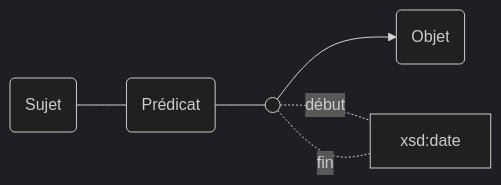
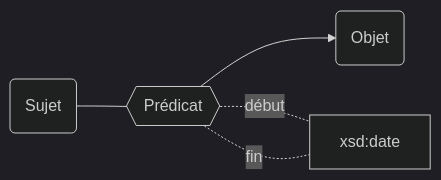
Before and after one commit to abes-esr/movies-doc: the first of 2 diagrams in docs/Modélisation Movies/Bornes chronologiques.md, drawn with Mermaid (dark theme). The commit also changed other lines of this file and 28 other files, not shown here.

````diff
--- a/docs/Modélisation Movies/Bornes chronologiques.md
+++ b/docs/Modélisation Movies/Bornes chronologiques.md
@@ -5,8 +5,11 @@
 ```mermaid
 graph LR
-    S(Sujet) --- P
-    P(Prédicat) --- _(( )) 
-    _ --> O(Objet)
-    _-.-|début| xsd:date
-    _-.-|fin| xsd:date
+    S(Sujet)
+    P{{Prédicat}}
+    O(Objet)
+
+
+    S --- P --> O
+    P -.-|début| xsd:date
+    P -.-|fin| xsd:date
 ```
````
